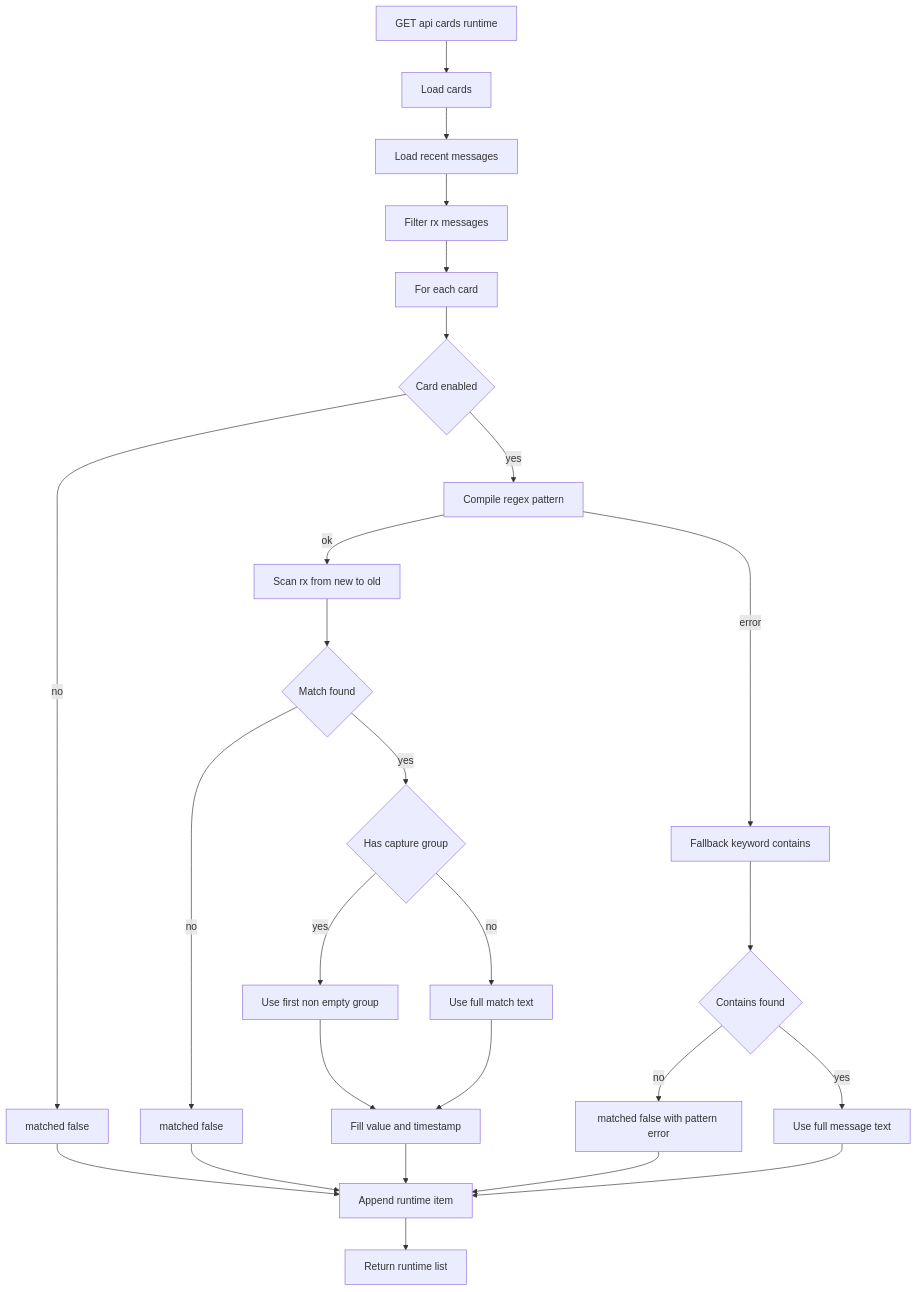
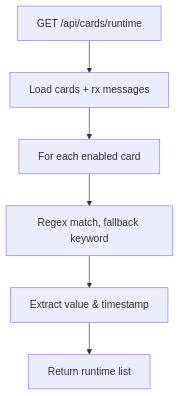
The third of 4 diagrams in docs/system_flowchart.md (neo-embbed/neo-uart), drawn with Mermaid before and after one commit. The commit also changed other lines of this file, not shown here.

Commit message:
docs: 简化系统流程图

````diff
--- a/docs/system_flowchart.md
+++ b/docs/system_flowchart.md
@@ -60,32 +28,8 @@
 ```mermaid
 flowchart TD
-    A[GET api cards runtime] --> B[Load cards]
-    B --> C[Load recent messages]
-    C --> D[Filter rx messages]
-    D --> E[For each card]
-
-    E --> F{Card enabled}
-    F -- no --> F1[matched false]
-    F -- yes --> G[Compile regex pattern]
-
-    G -->|ok| H[Scan rx from new to old]
-    H --> I{Match found}
-    I -- no --> I1[matched false]
-    I -- yes --> J{Has capture group}
-    J -- yes --> J1[Use first non empty group]
-    J -- no --> J2[Use full match text]
-    J1 --> K[Fill value and timestamp]
-    J2 --> K
-
-    G -->|error| L[Fallback keyword contains]
-    L --> M{Contains found}
-    M -- no --> M1[matched false with pattern error]
-    M -- yes --> M2[Use full message text]
-
-    F1 --> N[Append runtime item]
-    I1 --> N
-    K --> N
-    M1 --> N
-    M2 --> N
-    N --> O[Return runtime list]
+    A[GET /api/cards/runtime] --> B[Load cards + rx messages]
+    B --> C[For each enabled card]
+    C --> D[Regex match, fallback keyword]
+    D --> E[Extract value & timestamp]
+    E --> F[Return runtime list]
 ```
````
